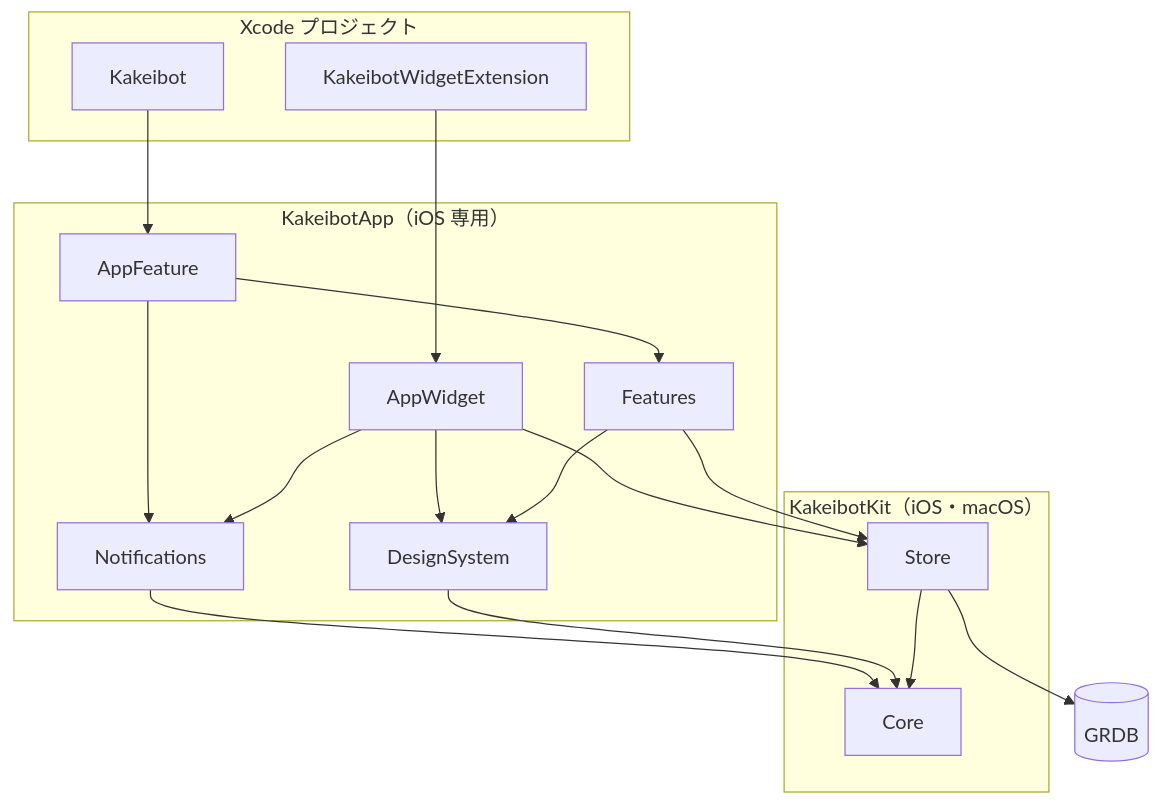
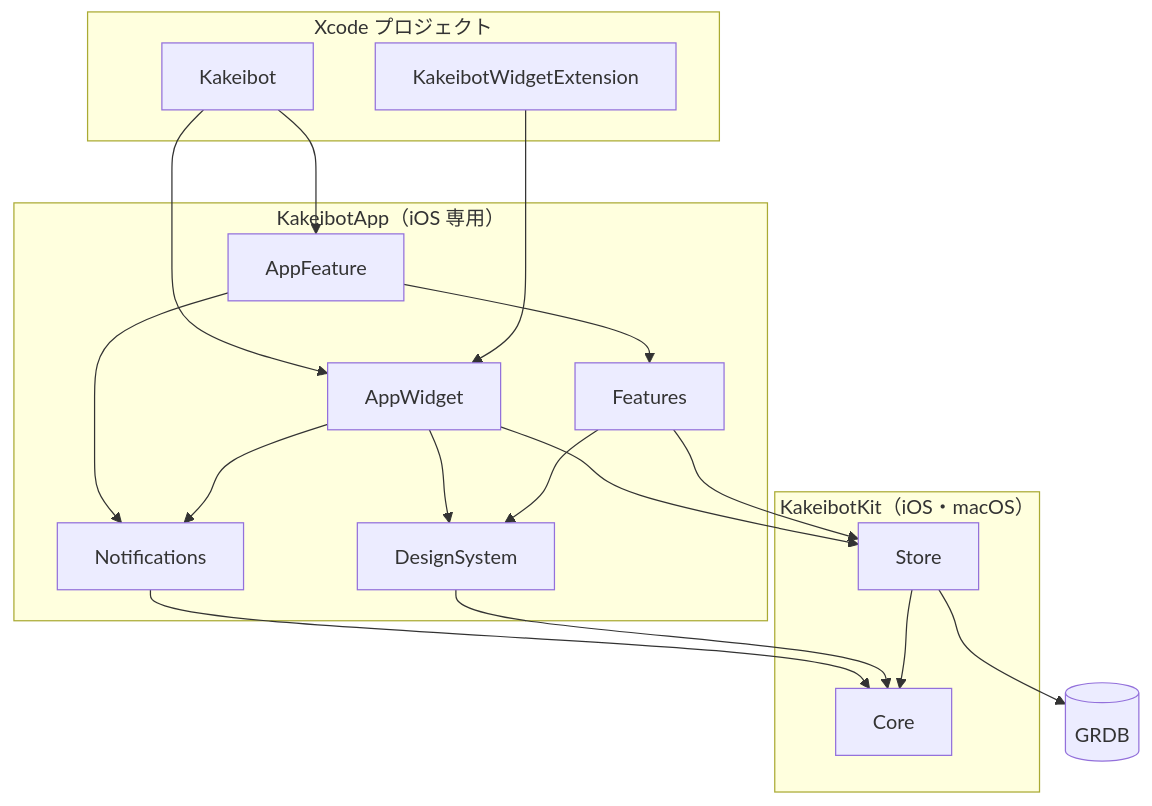
Before and after one commit to yossibank/kakeibot: the first of 2 diagrams in docs/architecture.md, drawn with Mermaid. The commit also changed other lines of this file and 5 other files, not shown here.

````diff
--- a/docs/architecture.md
+++ b/docs/architecture.md
@@ -185,33 +185,34 @@
 ```mermaid
 flowchart TB
     subgraph xcode["Xcode プロジェクト"]
         App["Kakeibot"]
         Widget["KakeibotWidgetExtension"]
     end
     subgraph app["KakeibotApp（iOS 専用）"]
         AppFeature
         AppWidget
         Features
         Notifications
         DesignSystem
     end
     subgraph kit["KakeibotKit（iOS・macOS）"]
         Store
         Core
     end
     GRDB[("GRDB")]
 
     App --> AppFeature
+    App --> AppWidget
     Widget --> AppWidget
     AppFeature --> Features
     AppFeature --> Notifications
     AppWidget --> Notifications
     AppWidget --> Store
     AppWidget --> DesignSystem
     Features --> Store
     Features --> DesignSystem
     Notifications --> Core
     DesignSystem --> Core
     Store --> Core
     Store --> GRDB
 ```
````
